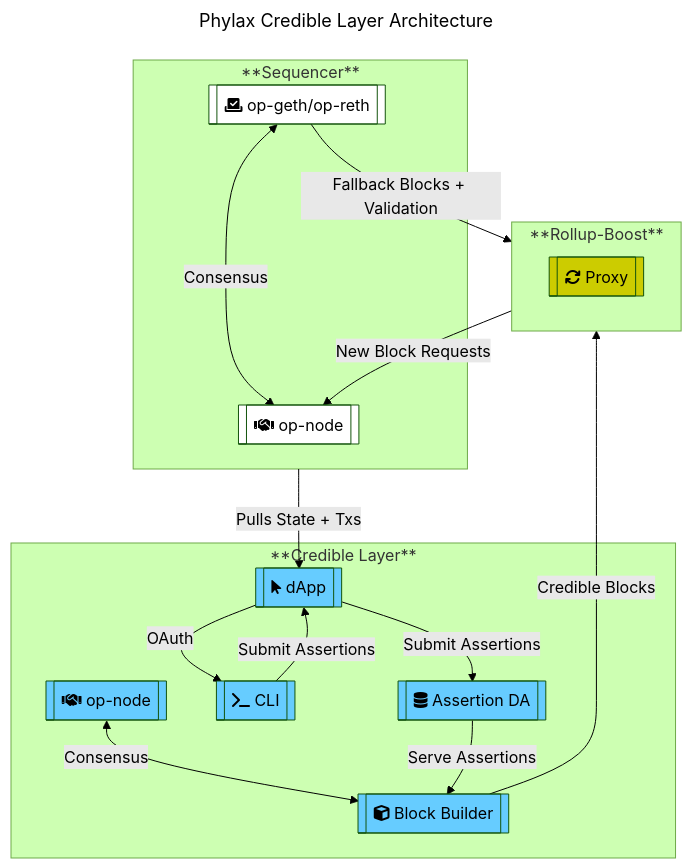
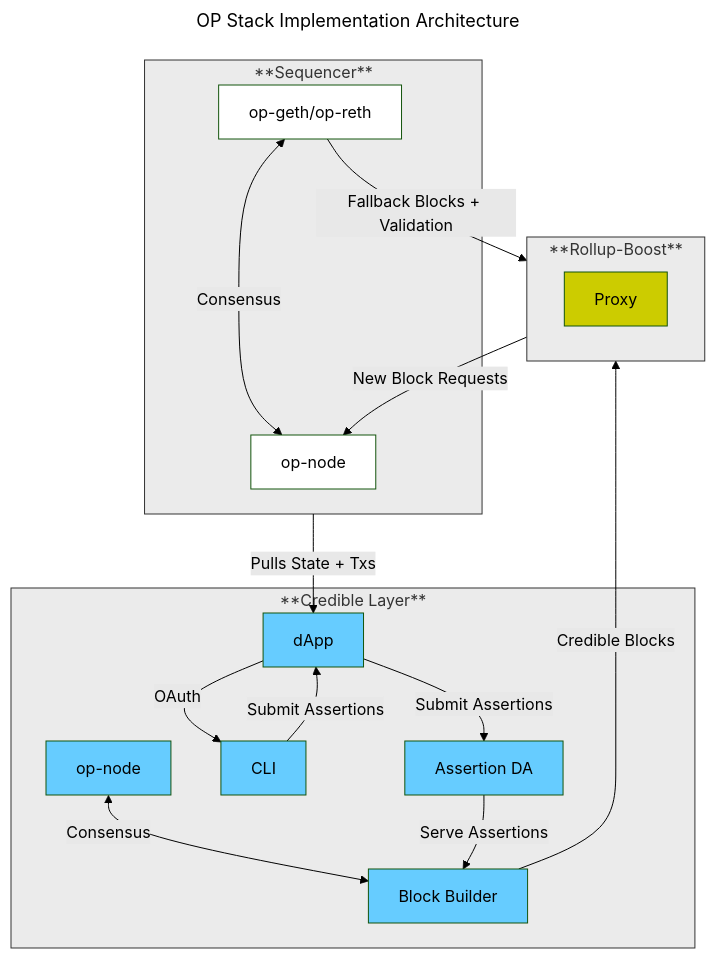
One commit to phylaxsystems/phylax-docs changed the second of 3 diagrams in credible/architecture.mdx. Above: the diagram before and after it, drawn with Mermaid (forest theme). The commit also changed other lines of this file, not shown here.

Commit message:
add abstract arch in the start and specific sections for Linea and OP stack

````diff
--- a/credible/architecture.mdx
+++ b/credible/architecture.mdx
@@ -12,49 +109,50 @@
 ```mermaid
 ---
-title: Phylax Credible Layer Architecture
+title: OP Stack Implementation Architecture
 ---
 flowchart TD
 
 %% Set default styles
 classDef default fill:#fff,color:black
 classDef deployed fill:#66ccff
 classDef dependency fill:#cccc00
+classDef subgraphStyle fill:#EBEBEB,stroke:#333,color:#333
 
 subgraph Sequencer[**Sequencer**]
-    SequencerCL[["fa:fa-handshake" op-node]]
-    SequencerEL[["fa:fa-check-to-slot" op-geth/op-reth]]
+    SequencerCL[op-node]
+    SequencerEL[op-geth/op-reth]
     SequencerEL <--> |Consensus| SequencerCL
 end
 
 subgraph CredibleLayer[**Credible Layer**]
-    AssertionEnforcerBlockBuilder[["fa:fa-cube" Block Builder]]
-    AssertionEnforcerCL[["fa:fa-handshake" op-node]]
-    AssertionEnforcerCLI[["fa:fa-terminal" CLI]]
-    AssertionEnforcerDapp[["fa:fa-arrow-pointer" dApp]]
-    AssertionDA[["fa:fa-database" Assertion DA]]
+    AssertionEnforcerBlockBuilder[Block Builder]
+    AssertionEnforcerCL[op-node]
+    AssertionEnforcerCLI[CLI]
+    AssertionEnforcerDapp[dApp]
+    AssertionDA[Assertion DA]
 end
 
 subgraph RollupBoost[**Rollup-Boost**]
-    RollupBoostProxy[["fa:fa-arrows-rotate" Proxy]]
+    RollupBoostProxy[Proxy]
 end
 
 AssertionEnforcerCL <--> |Consensus| AssertionEnforcerBlockBuilder
 AssertionDA --> |Serve Assertions| AssertionEnforcerBlockBuilder
 AssertionEnforcerCLI --> |Submit Assertions| AssertionEnforcerDapp
 AssertionEnforcerDapp --> |OAuth| AssertionEnforcerCLI
 AssertionEnforcerDapp --> |Submit Assertions| AssertionDA
 
 Sequencer --> |Pulls State + Txs| AssertionEnforcerDapp
 
 AssertionEnforcerBlockBuilder --> |Credible Blocks| RollupBoost
 
 RollupBoost --> |New Block Requests| SequencerCL
 SequencerEL --> |Fallback Blocks + Validation| RollupBoost
 
 %% Style all nodes and text to be dark
-class SequencerCL,SequencerEL,SequencerBatcher,SequencerProposer default
+class SequencerCL,SequencerEL default
 class AssertionEnforcerBlockBuilder,AssertionEnforcerCL,AssertionEnforcerCLI,AssertionEnforcerDapp,AssertionDA deployed
 class RollupBoostProxy dependency
 
-class Sequencer subgraphStyle
+class Sequencer,CredibleLayer,RollupBoost subgraphStyle
 ```
````
